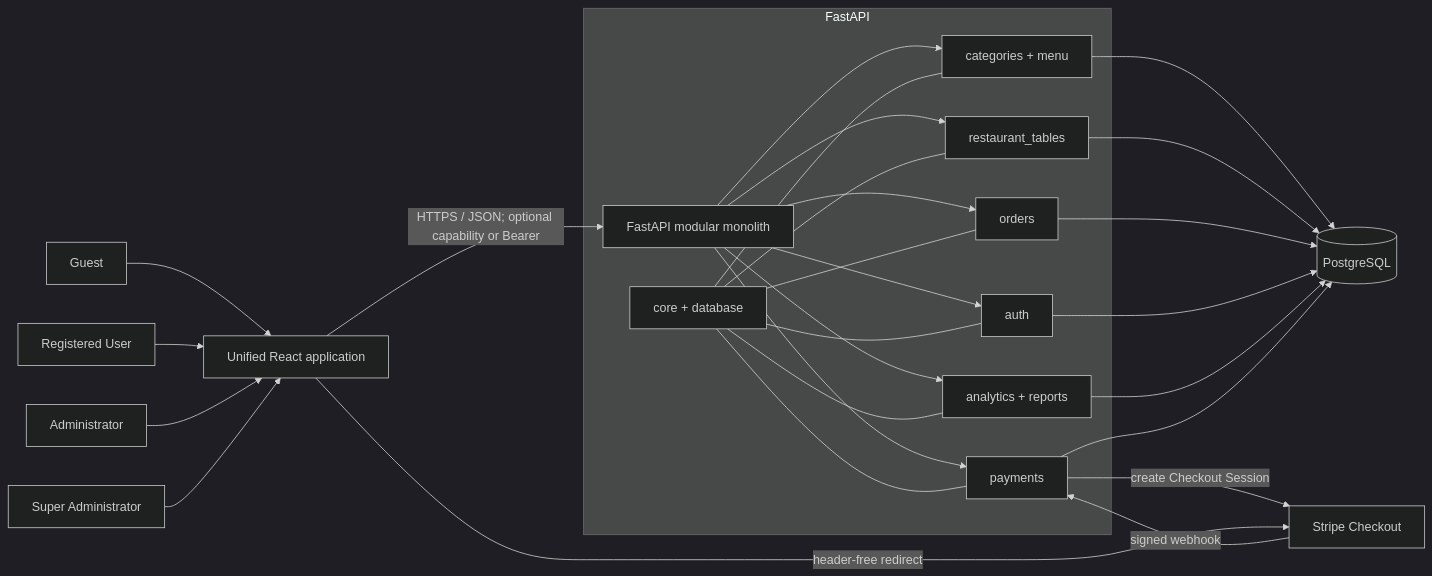
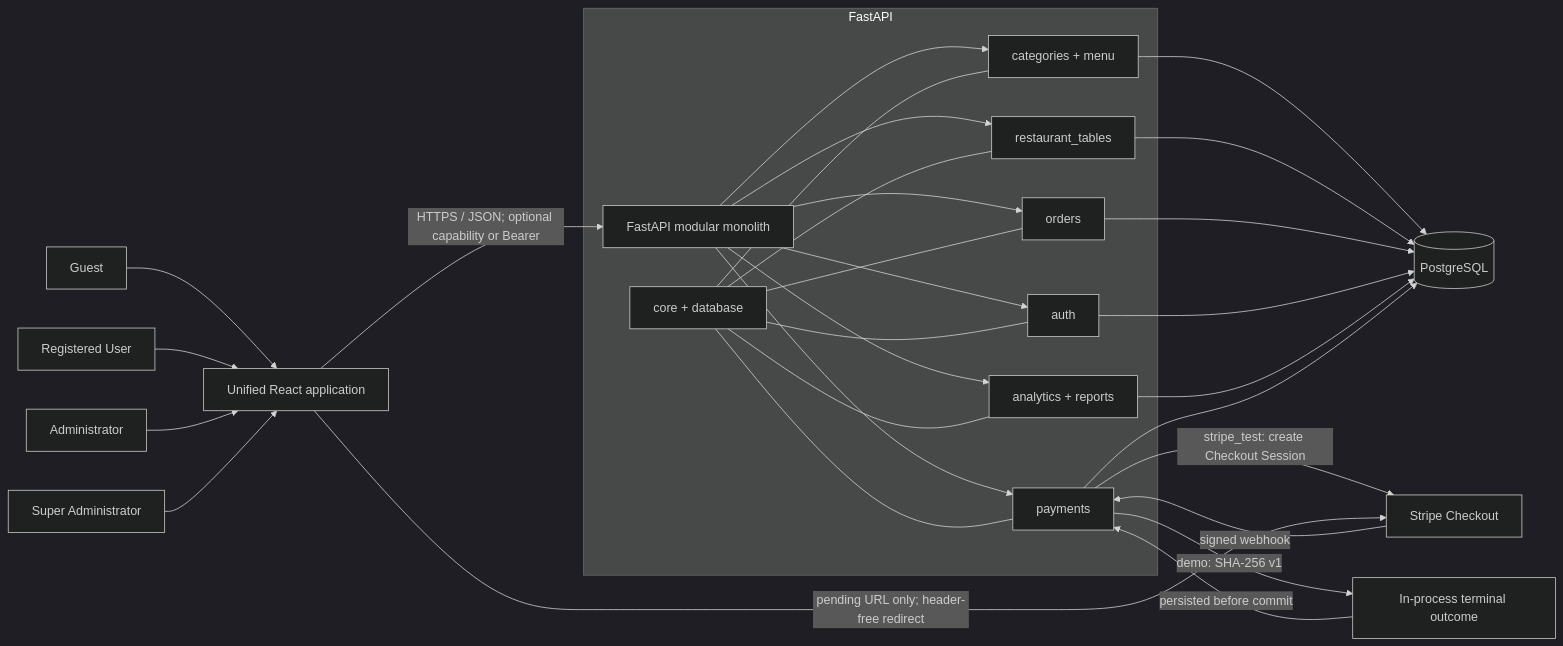
One commit to kamilSarbian/Restaurant_Ordering_Analytics changed the third of 3 diagrams in docs/ARCHITECTURE.md. Above: the diagram before and after it, drawn with Mermaid (dark theme). The commit also changed other lines of this file and 11 other files, not shown here.

Commit message:
feat: add deterministic demo checkout

````diff
--- a/docs/ARCHITECTURE.md
+++ b/docs/ARCHITECTURE.md
@@ -1510,35 +1570,37 @@
 ```mermaid
 flowchart LR
     Guest[Guest] --> UI[Unified React application]
     User[Registered User] --> UI
     Admin[Administrator] --> UI
     SuperAdmin[Super Administrator] --> UI
 
     UI -->|HTTPS / JSON; optional capability or Bearer| API[FastAPI modular monolith]
 
     subgraph Backend[FastAPI]
         API --> Auth[auth]
         API --> Catalog[categories + menu]
         API --> Tables[restaurant_tables]
         API --> Orders[orders]
         API --> Payments[payments]
         API --> Analytics[analytics + reports]
         Core[core + database] --- Auth
         Core --- Catalog
         Core --- Tables
         Core --- Orders
         Core --- Payments
         Core --- Analytics
     end
 
     Catalog --> DB[(PostgreSQL)]
     Tables --> DB
     Orders --> DB
     Auth --> DB
     Analytics --> DB
     Payments --> DB
 
-    Payments -->|create Checkout Session| Stripe[Stripe Checkout]
-    UI -->|header-free redirect| Stripe
+    Payments -->|stripe_test: create Checkout Session| Stripe[Stripe Checkout]
+    UI -->|pending URL only; header-free redirect| Stripe
     Stripe -->|signed webhook| Payments
+    Payments -->|demo: SHA-256 v1| DemoOutcome[In-process terminal outcome]
+    DemoOutcome -->|persisted before commit| Payments
 ```
````
